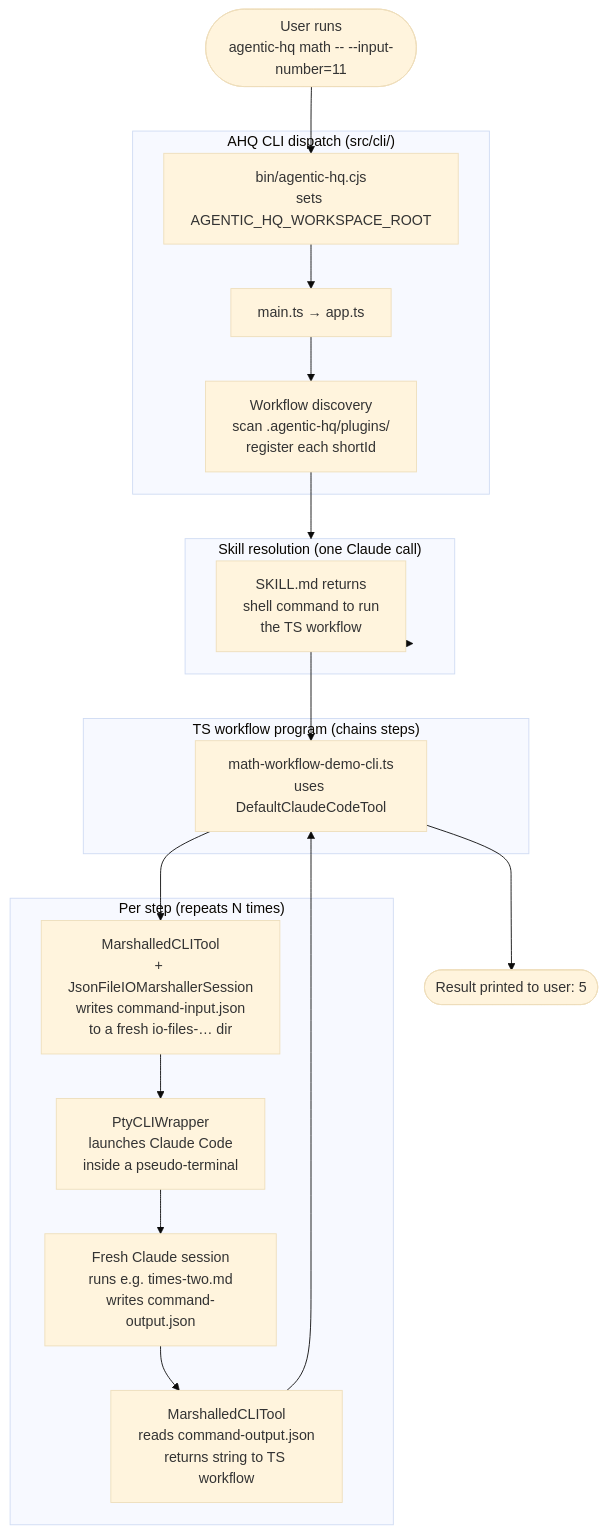
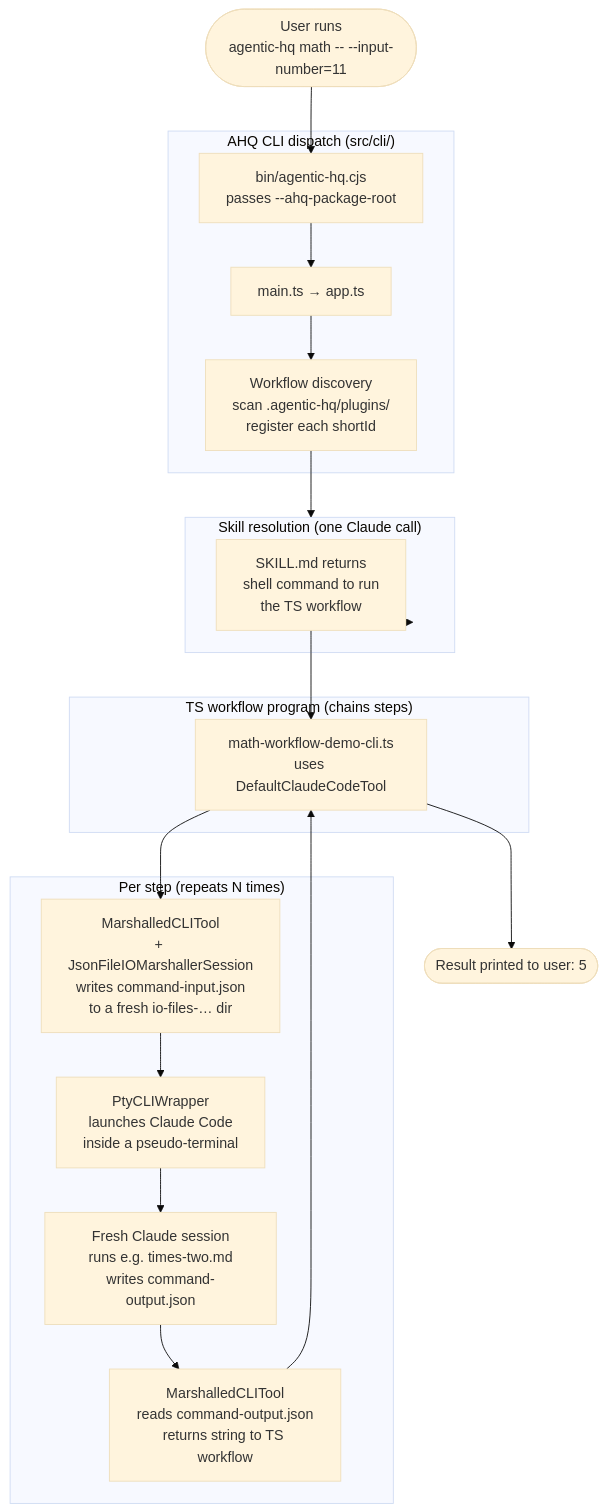
Before and after one commit to Agentic-HQ/agentic-hq: the diagram in docs/dev/how-agentic-hq-works.md, drawn with Mermaid (base theme). The commit also changed other lines of this file and 41 other files, not shown here.

First line of the commit message:
WIP: AHQ-200 Implementer: env var eliminated, package rename

````diff
--- a/docs/dev/how-agentic-hq-works.md
+++ b/docs/dev/how-agentic-hq-works.md
@@ -26,30 +26,30 @@
 ```mermaid
 flowchart TB
     User([User runs<br/>agentic-hq math -- --input-number=11])
 
     subgraph CLI["AHQ CLI dispatch (src/cli/)"]
-        Bin[bin/agentic-hq.cjs<br/>sets AGENTIC_HQ_WORKSPACE_ROOT]
+        Bin[bin/agentic-hq.cjs<br/>passes --ahq-package-root]
         Main[main.ts → app.ts]
         Discovery[Workflow discovery<br/>scan .agentic-hq/plugins/<br/>register each shortId]
     end
 
     subgraph Resolve["Skill resolution (one Claude call)"]
         Skill[SKILL.md returns<br/>shell command to run<br/>the TS workflow]
     end
 
     subgraph Workflow["TS workflow program (chains steps)"]
         TS[math-workflow-demo-cli.ts<br/>uses DefaultClaudeCodeTool]
     end
 
     subgraph Step["Per step (repeats N times)"]
         Marshal[MarshalledCLITool<br/>+ JsonFileIOMarshallerSession<br/>writes command-input.json<br/>to a fresh io-files-… dir]
         Pty[PtyCLIWrapper<br/>launches Claude Code<br/>inside a pseudo-terminal]
         Cmd[Fresh Claude session<br/>runs e.g. times-two.md<br/>writes command-output.json]
         Read[MarshalledCLITool<br/>reads command-output.json<br/>returns string to TS workflow]
     end
 
     User --> Bin --> Main --> Discovery --> Resolve
     Resolve --> Skill --> TS
     TS --> Marshal --> Pty --> Cmd --> Read --> TS
     TS --> Result([Result printed to user: 5])
 ```
````
